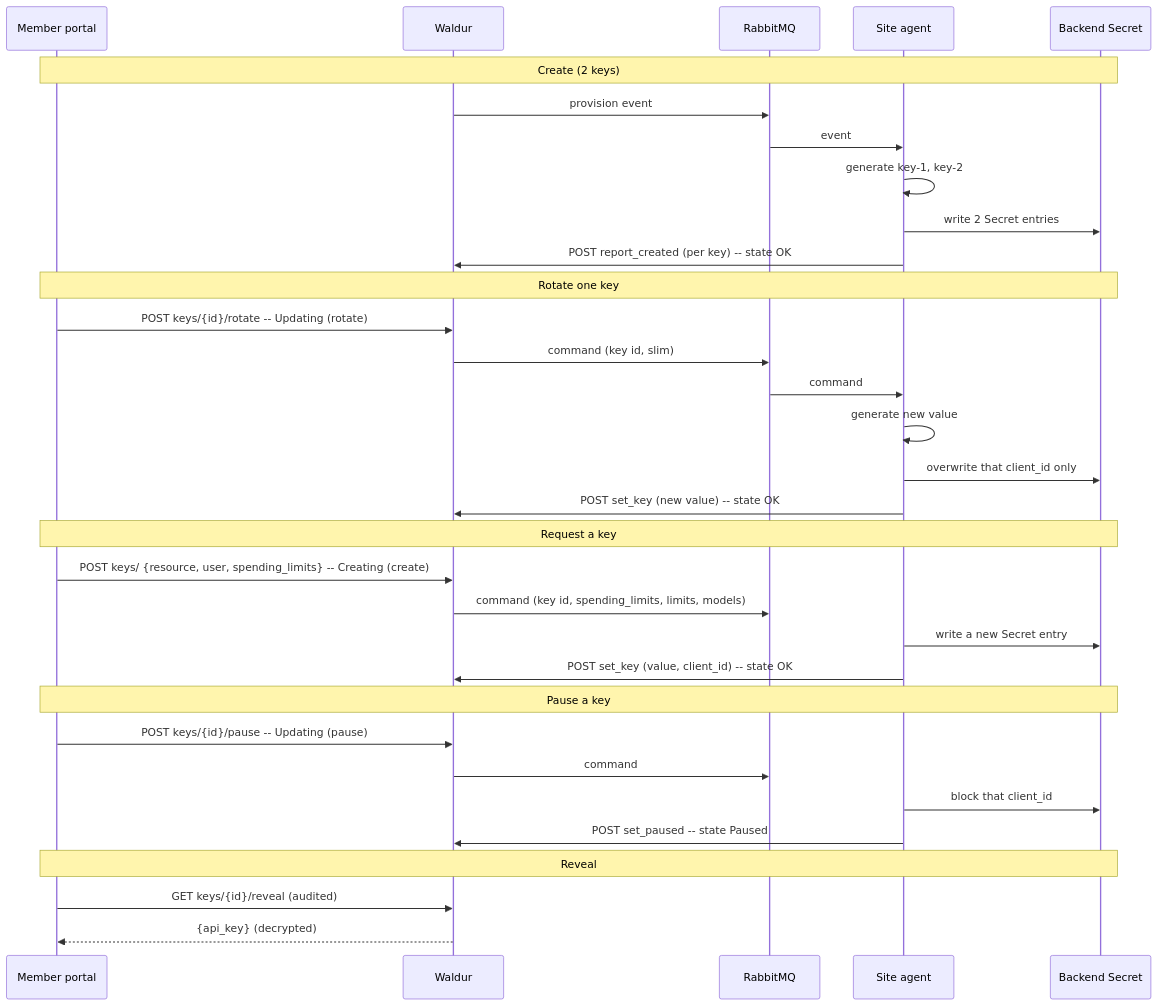
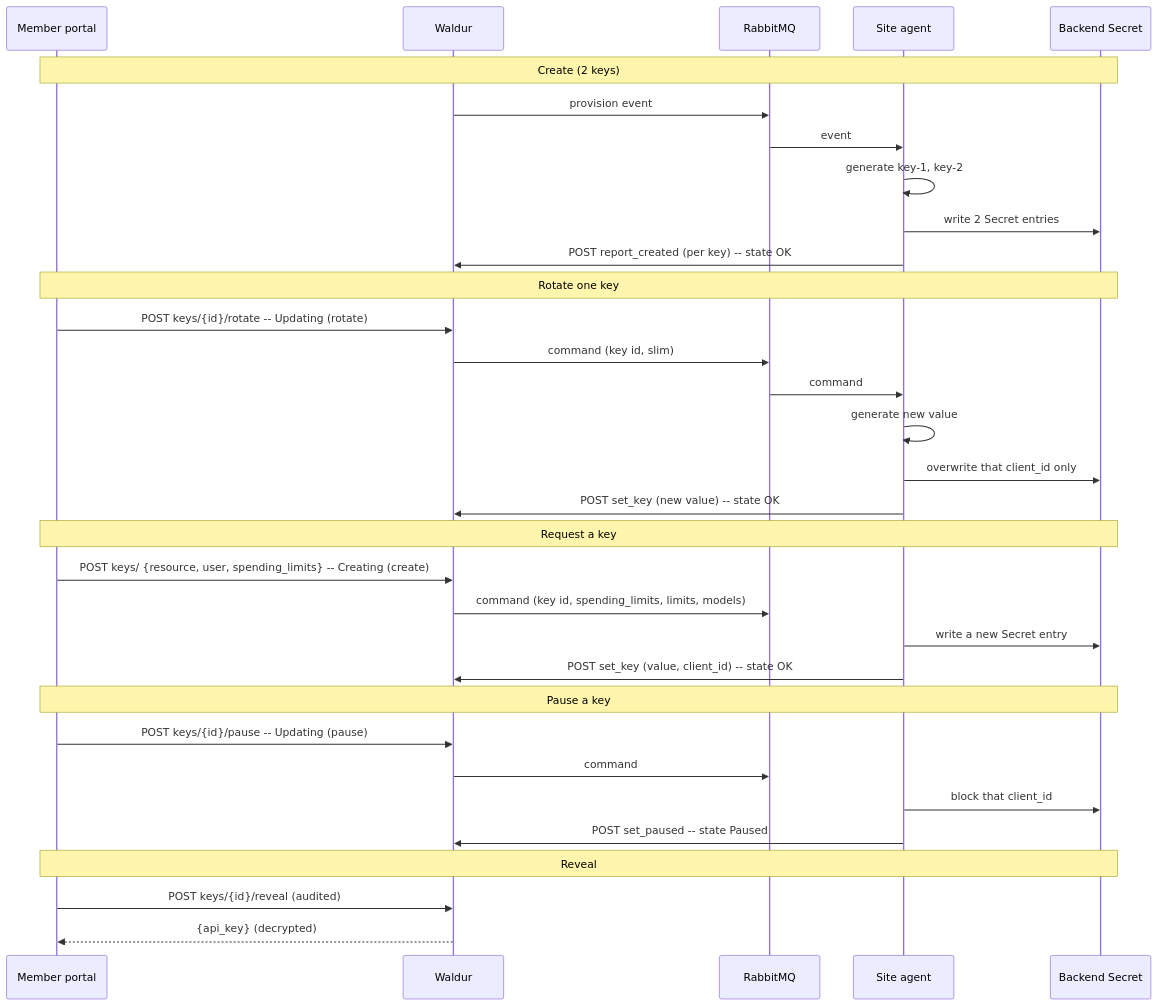
Before and after one commit to waldur/waldur-mastermind: the second of 2 diagrams in docs/resource-api-keys.md, drawn with Mermaid. The commit also changed other lines of this file and 7 other files, not shown here.

Commit message:
Reveal resource API keys with POST, and let a personal access token carrying RESOURCE.REVEAL_API_KEY reveal them [#1252]

````diff
--- a/docs/resource-api-keys.md
+++ b/docs/resource-api-keys.md
@@ -400,35 +400,35 @@
 ```mermaid
 sequenceDiagram
     participant M as Member portal
     participant W as Waldur
     participant Q as RabbitMQ
     participant A as Site agent
     participant B as Backend Secret
 
     Note over M,B: Create (2 keys)
     W->>Q: provision event
     Q->>A: event
     A->>A: generate key-1, key-2
     A->>B: write 2 Secret entries
     A->>W: POST report_created (per key)  -- state OK
     Note over M,B: Rotate one key
     M->>W: POST keys/{id}/rotate  -- Updating (rotate)
     W->>Q: command (key id, slim)
     Q->>A: command
     A->>A: generate new value
     A->>B: overwrite that client_id only
     A->>W: POST set_key (new value)  -- state OK
     Note over M,B: Request a key
     M->>W: POST keys/ {resource, user, spending_limits}  -- Creating (create)
     W->>Q: command (key id, spending_limits, limits, models)
     A->>B: write a new Secret entry
     A->>W: POST set_key (value, client_id)  -- state OK
     Note over M,B: Pause a key
     M->>W: POST keys/{id}/pause  -- Updating (pause)
     W->>Q: command
     A->>B: block that client_id
     A->>W: POST set_paused  -- state Paused
     Note over M,B: Reveal
-    M->>W: GET keys/{id}/reveal (audited)
+    M->>W: POST keys/{id}/reveal (audited)
     W-->>M: {api_key}  (decrypted)
 ```
````
